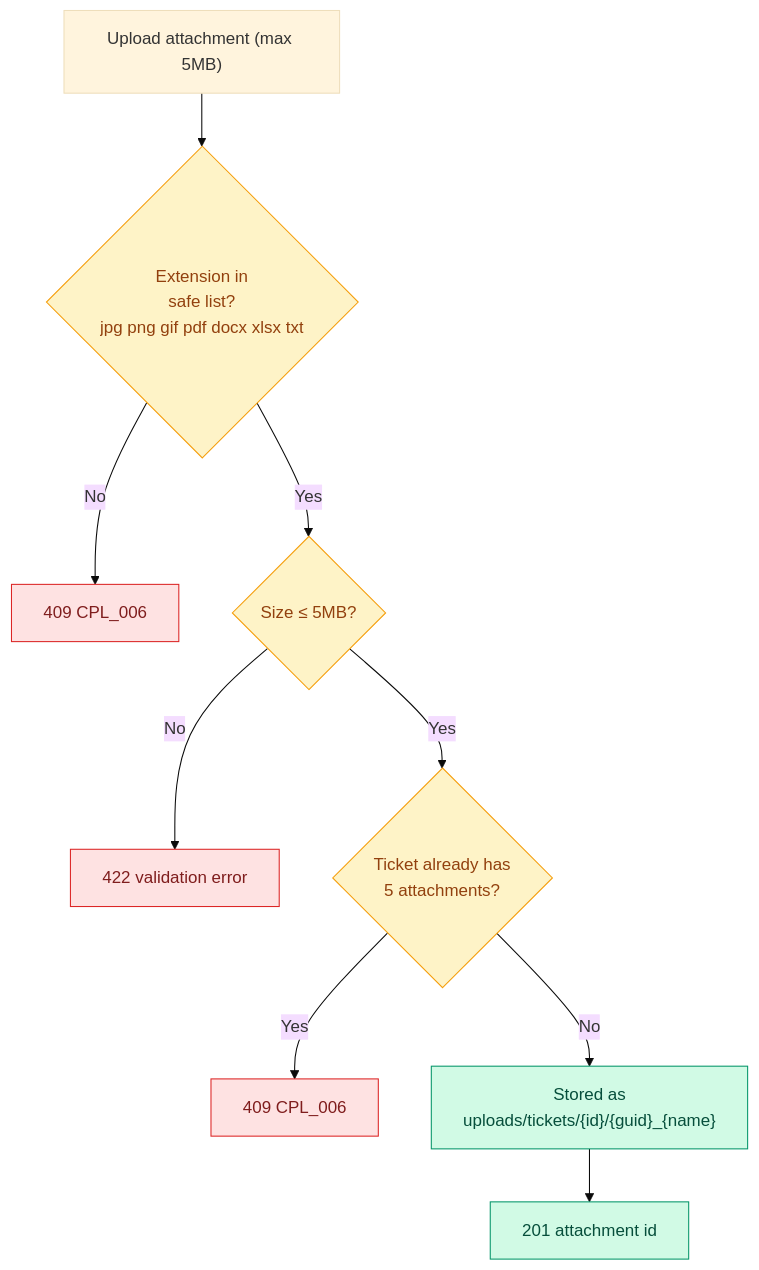
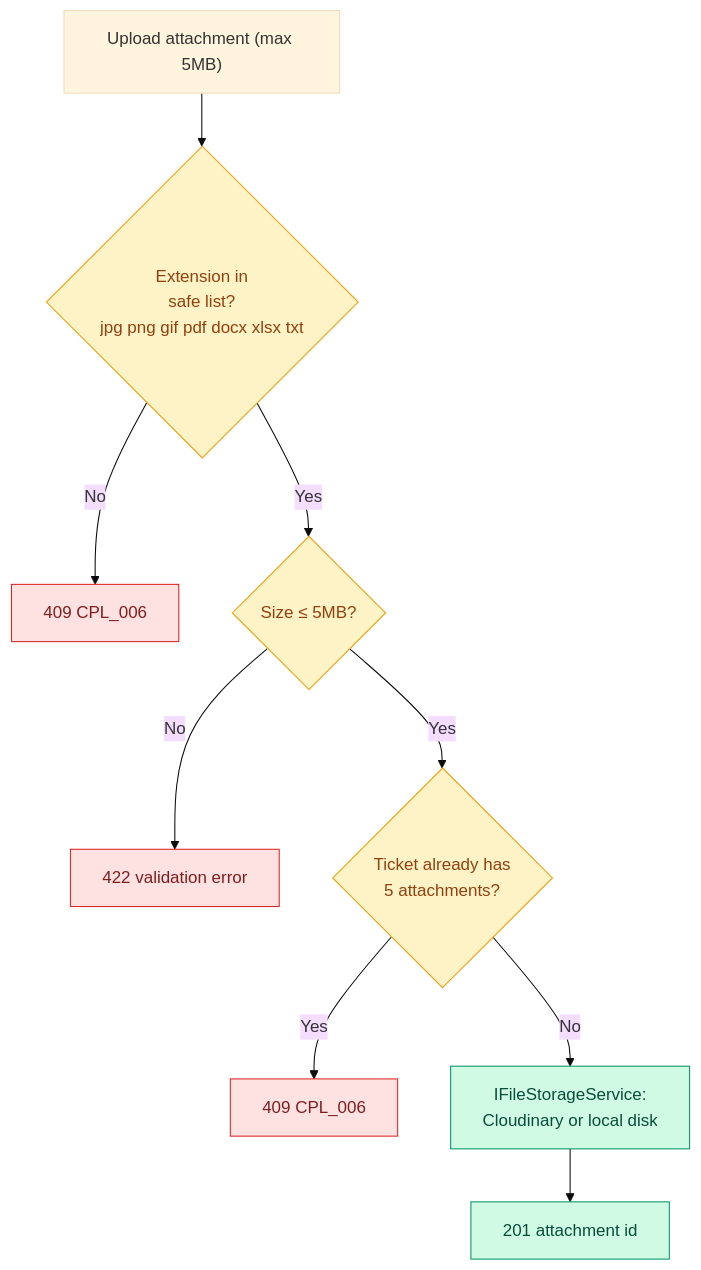
One commit to morshedmilton/TicketDeskPro-API changed the eighth of 16 diagrams in README.md. Above: the diagram before and after it, drawn with Mermaid (base theme). The commit also changed other lines of this file, not shown here.

Commit message:
Update the readme with the security cloudinary and testing sections

````diff
--- a/README.md
+++ b/README.md
@@ -210,18 +220,18 @@
 ```mermaid
 flowchart TD
     UP["Upload attachment (max 5MB)"] --> TYPE{"Extension in<br/>safe list?<br/>jpg png gif pdf docx xlsx txt"}
     TYPE -->|"No"| REJ409["409 CPL_006"]
     TYPE -->|"Yes"| SIZE{"Size ≤ 5MB?"}
     SIZE -->|"No"| REJ422["422 validation error"]
     SIZE -->|"Yes"| COUNT{"Ticket already has<br/>5 attachments?"}
     COUNT -->|"Yes"| REJ409b["409 CPL_006"]
-    COUNT -->|"No"| STORE["Stored as<br/>uploads/tickets/{id}/{guid}_{name}"]
+    COUNT -->|"No"| STORE["IFileStorageService:<br/>Cloudinary or local disk"]
     STORE --> OK201["201 attachment id"]
 
     classDef bad fill:#FEE2E2,stroke:#DC2626,color:#7F1D1D
     classDef good fill:#D1FAE5,stroke:#059669,color:#064E3B
     classDef step fill:#FEF3C7,stroke:#F59E0B,color:#92400E
     class REJ409,REJ422,REJ409b bad
     class STORE,OK201 good
     class TYPE,SIZE,COUNT step
 ```
````
